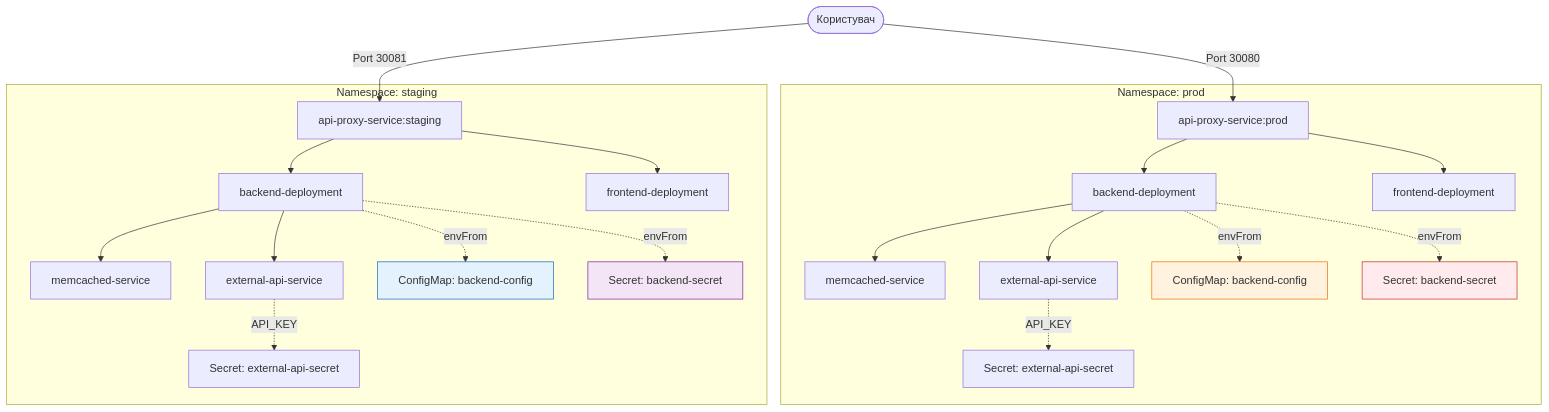
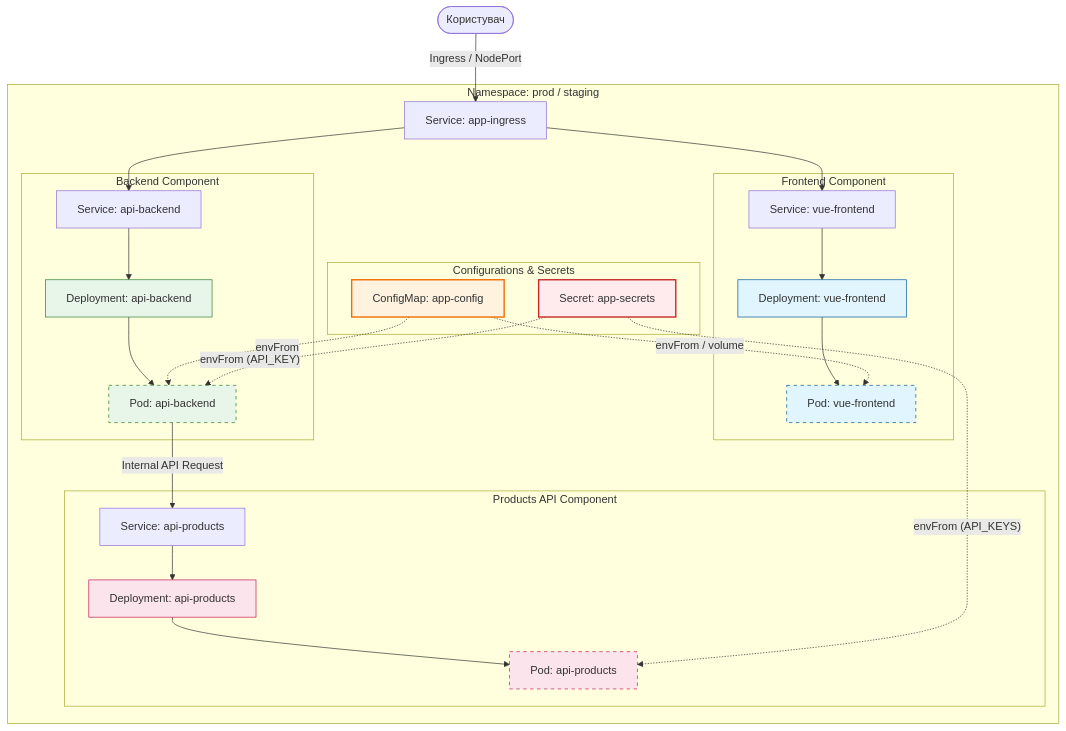
One commit to lisnayk/kubernetes-basics changed the second of 2 diagrams in labs/lab4/Readme.md. Above: the diagram before and after it, drawn with Mermaid. The commit also changed other lines of this file and 21 other files, not shown here.

````diff
--- a/labs/lab4/Readme.md
+++ b/labs/lab4/Readme.md
@@ -33,30 +28,45 @@
 ```mermaid
 graph TD
-    User([Користувач]) -- "Port 30080" --> ProxyProd[api-proxy-service:prod]
-    User -- "Port 30081" --> ProxyStaging[api-proxy-service:staging]
+    User([Користувач]) -- "Ingress / NodePort" --> Ingress_Svc[Service: app-ingress]
 
-    subgraph "Namespace: prod"
-        ProxyProd --> BackendProd[backend-deployment]
-        ProxyProd --> FrontendProd[frontend-deployment]
-        BackendProd --> MemcachedProd[memcached-service]
-        BackendProd --> ExtAPIProd[external-api-service]
-        BackendProd -. "envFrom" .-> CMProd[ConfigMap: backend-config]
-        BackendProd -. "envFrom" .-> SProd[Secret: backend-secret]
-        ExtAPIProd -. "API_KEY" .-> SExtProd[Secret: external-api-secret]
+    subgraph "Namespace: prod / staging"
+        Ingress_Svc --> FE_Svc[Service: vue-frontend]
+        Ingress_Svc --> BE_Svc[Service: api-backend]
+        
+        subgraph "Frontend Component"
+            FE_Svc --> FE_Deploy[Deployment: vue-frontend]
+            FE_Deploy --> FE_Pod[Pod: vue-frontend]
+        end
+
+        subgraph "Backend Component"
+            BE_Svc --> BE_Deploy[Deployment: api-backend]
+            BE_Deploy --> BE_Pod[Pod: api-backend]
+        end
+
+        subgraph "Products API Component"
+            BE_Pod -- "Internal API Request" --> APIP_Svc[Service: api-products]
+            APIP_Svc --> APIP_Deploy[Deployment: api-products]
+            APIP_Deploy --> APIP_Pod[Pod: api-products]
+        end
+
+        subgraph "Configurations & Secrets"
+            CM[ConfigMap: app-config]
+            Sec[Secret: app-secrets]
+            
+            CM -. "envFrom / volume" .-> FE_Pod
+            CM -. "envFrom" .-> BE_Pod
+            Sec -. "envFrom (API_KEY)" .-> BE_Pod
+            Sec -. "envFrom (API_KEYS)" .-> APIP_Pod
+        end
     end
 
-    subgraph "Namespace: staging"
-        ProxyStaging --> BackendStaging[backend-deployment]
-        ProxyStaging --> FrontendStaging[frontend-deployment]
-        BackendStaging --> MemcachedStaging[memcached-service]
-        BackendStaging --> ExtAPIStaging[external-api-service]
-        BackendStaging -. "envFrom" .-> CMStaging[ConfigMap: backend-config]
-        BackendStaging -. "envFrom" .-> SStaging[Secret: backend-secret]
-        ExtAPIStaging -. "API_KEY" .-> SExtStaging[Secret: external-api-secret]
-    end
-
-    style CMProd fill:#fff3e0,stroke:#ef6c00
-    style SProd fill:#ffebee,stroke:#c62828
-    style CMStaging fill:#e3f2fd,stroke:#1565c0
-    style SStaging fill:#f3e5f5,stroke:#7b1fa2
+    %% Styles
+    style CM fill:#fff3e0,stroke:#ef6c00,stroke-width:2px
+    style Sec fill:#ffebee,stroke:#c62828,stroke-width:2px
+    style FE_Deploy fill:#e1f5fe,stroke:#01579b
+    style BE_Deploy fill:#e8f5e9,stroke:#2e7d32
+    style APIP_Deploy fill:#fce4ec,stroke:#c2185b
+    style FE_Pod fill:#e1f5fe,stroke:#01579b,stroke-dasharray: 5 5
+    style BE_Pod fill:#e8f5e9,stroke:#2e7d32,stroke-dasharray: 5 5
+    style APIP_Pod fill:#fce4ec,stroke:#c2185b,stroke-dasharray: 5 5
 ```
````
